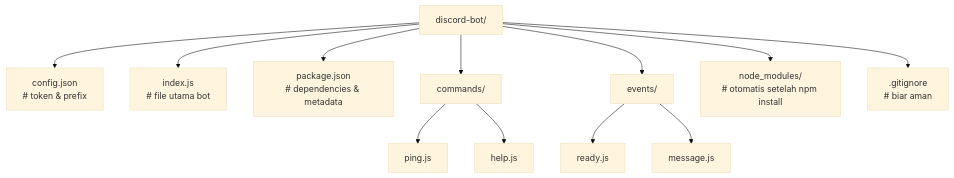
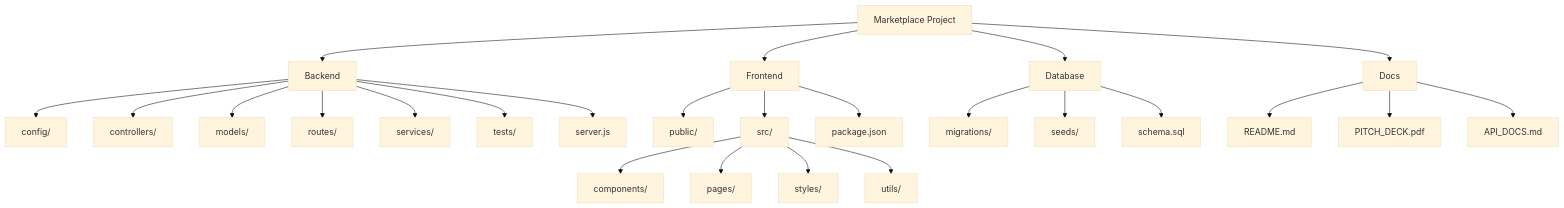
One commit to kongali1720/kongali1720-discord-bot changed the diagram in README.md. Above: the diagram before and after it, drawn with Mermaid (base theme).

````diff
--- a/README.md
+++ b/README.md
@@ -29,14 +29,35 @@
 ```mermaid
    graph TD
-    A[discord-bot/] --> B[config.json<br/># token & prefix]
-    A --> C[index.js<br/># file utama bot]
-    A --> D[package.json<br/># dependencies & metadata]
-    A --> E[commands/]
-    E --> E1[ping.js]
-    E --> E2[help.js]
-    A --> F[events/]
-    F --> F1[ready.js]
-    F --> F2[message.js]
-    A --> G[node_modules/<br/># otomatis setelah npm install]
-    A --> H[.gitignore<br/># biar aman]
+A[Marketplace Project] --> B[Backend]
+    A --> C[Frontend]
+    A --> D[Database]
+    A --> E[Docs]
+
+    %% Backend
+    B --> B1[config/]
+    B --> B2[controllers/]
+    B --> B3[models/]
+    B --> B4[routes/]
+    B --> B5[services/]
+    B --> B6[tests/]
+    B --> B7[server.js]
+
+    %% Frontend
+    C --> C1[public/]
+    C --> C2[src/]
+    C2 --> C21[components/]
+    C2 --> C22[pages/]
+    C2 --> C23[styles/]
+    C2 --> C24[utils/]
+    C --> C3[package.json]
+
+    %% Database
+    D --> D1[migrations/]
+    D --> D2[seeds/]
+    D --> D3[schema.sql]
+
+    %% Docs
+    E --> E1[README.md]
+    E --> E2[PITCH_DECK.pdf]
+    E --> E3[API_DOCS.md]
 ```
````
